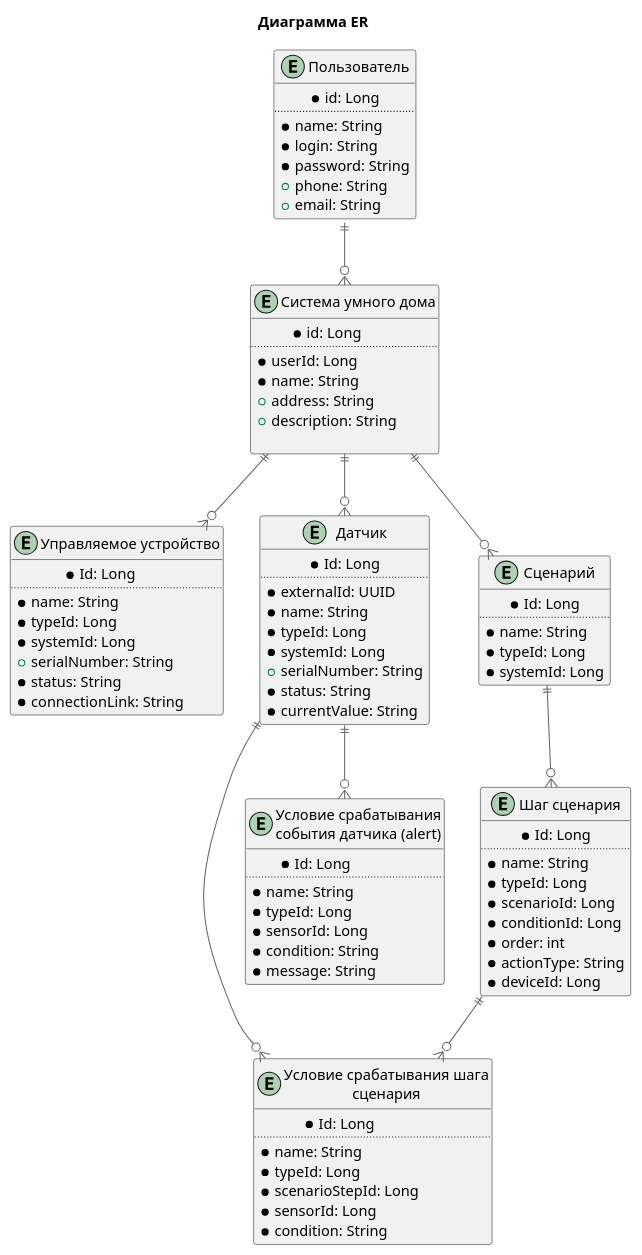
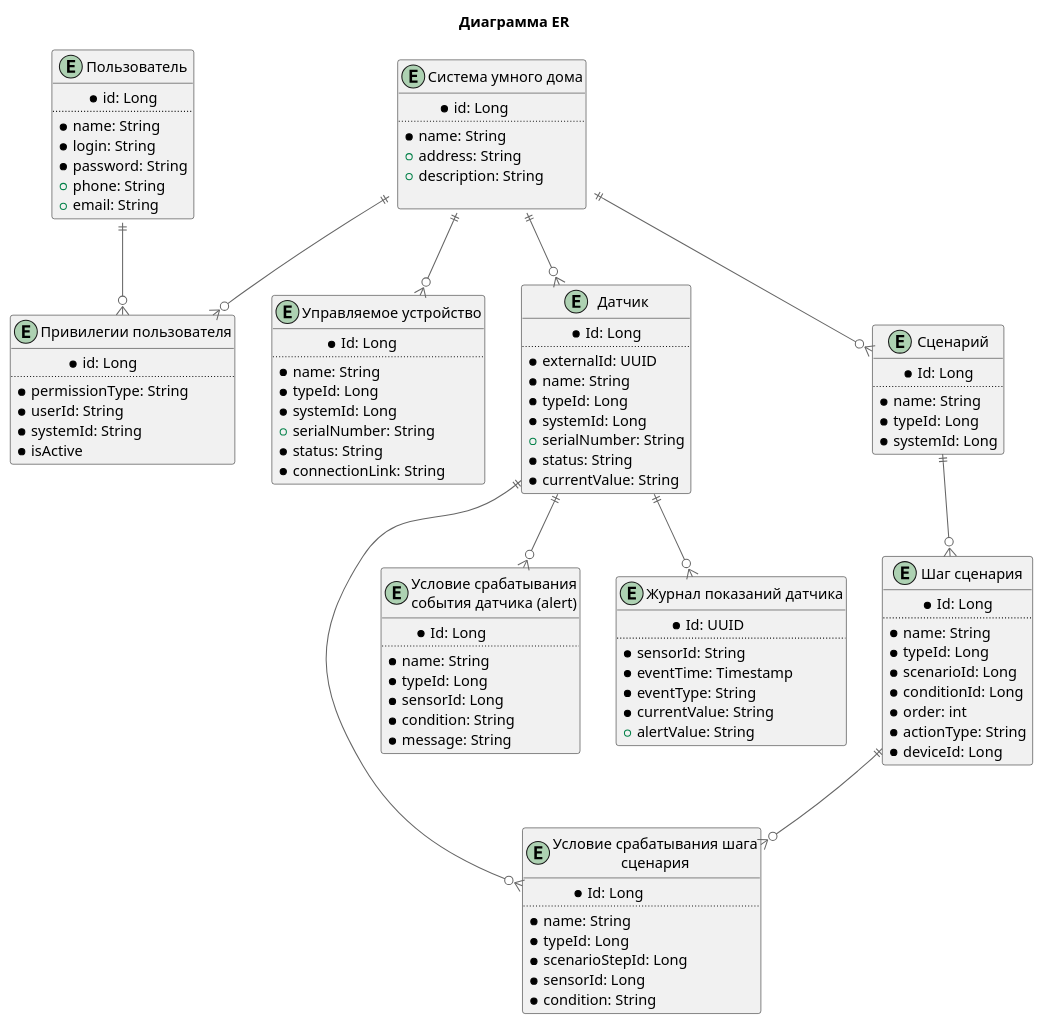
Before and after one commit to Chuhones/architecture-sprint-3: the diagram in docs/to_be/entity_relations.puml, drawn with PlantUML. The commit also changed 1 other file, not shown here.

Commit message:
Исправления по замечаниям 1: добавлена промежуточная таблица между пользователем и системой для поддержки связи многие-ко-многим. Добавлена таблица для хранения исторических показаний датчика

```diff
--- a/docs/to_be/entity_relations.puml
+++ b/docs/to_be/entity_relations.puml
@@ -1,99 +1,119 @@
 @startuml
 
 !includeurl https://raw.githubusercontent.com/plantuml-stdlib/C4-PlantUML/master/C4_Container.puml
 !include https://raw.githubusercontent.com/plantuml-stdlib/C4-PlantUML/master/C4_Component.puml
 
 title Диаграмма ER
 
 entity User as "Пользователь" {
     *id: Long
     ..
     *name: String
     *login: String
     *password: String
     +phone: String
     +email: String
 }
 
+entity UserPermission as "Привилегии пользователя" {
+    *id: Long
+    ..
+    *permissionType: String
+    *userId: String
+    *systemId: String
+    *isActive
+}
+
 entity System as "Система умного дома"{
     *id: Long
     ..
-    *userId: Long
     *name: String
     +address: String
     +description: String
 
 }
 
 entity Device as "Управляемое устройство"{
     *Id: Long
     ..
     *name: String
     *typeId: Long
     *systemId: Long
     +serialNumber: String
     *status: String
     *connectionLink: String
 }
 
 entity Sensor as "Датчик"{
     *Id: Long
     ..
     *externalId: UUID
     *name: String
     *typeId: Long
     *systemId: Long
     +serialNumber: String
     *status: String
     *currentValue: String
 }
 
 entity Scenario as "Сценарий"{
     *Id: Long
     ..
     *name: String
     *typeId: Long
     *systemId: Long
 }
 
 entity ScenarioStep as "Шаг сценария"{
     *Id: Long
     ..
     *name: String
     *typeId: Long
     *scenarioId: Long
     *conditionId: Long
     *order: int
     *actionType: String
     *deviceId: Long
 }
 
 entity ScenarioCondition as "Условие срабатывания шага сценария"{
     *Id: Long
     ..
     *name: String
     *typeId: Long
     *scenarioStepId: Long
     *sensorId: Long
     *condition: String
 }
 
 entity SensorAlertTemplate as "Условие срабатывания события датчика (alert)"{
     *Id: Long
     ..
     *name: String
     *typeId: Long
     *sensorId: Long
     *condition: String
     *message: String
 }
 
-User::Id ||--o{ System
+entity SensorEventLog as "Журнал показаний датчика"{
+    *Id: UUID
+    ..
+    *sensorId: String
+    *eventTime: Timestamp
+    *eventType: String
+    *currentValue: String
+    +alertValue: String
+}
+
+User::Id ||--o{ UserPermission
+System::Id ||--o{ UserPermission
 System ||--o{ Device
 System ||--o{ Sensor
 System ||--o{ Scenario
 Sensor ||--o{ SensorAlertTemplate
 Sensor ||--o{ ScenarioCondition
+Sensor ||--o{ SensorEventLog
 Scenario ||--o{ ScenarioStep
 ScenarioStep ||--o{ ScenarioCondition
 @enduml
```
